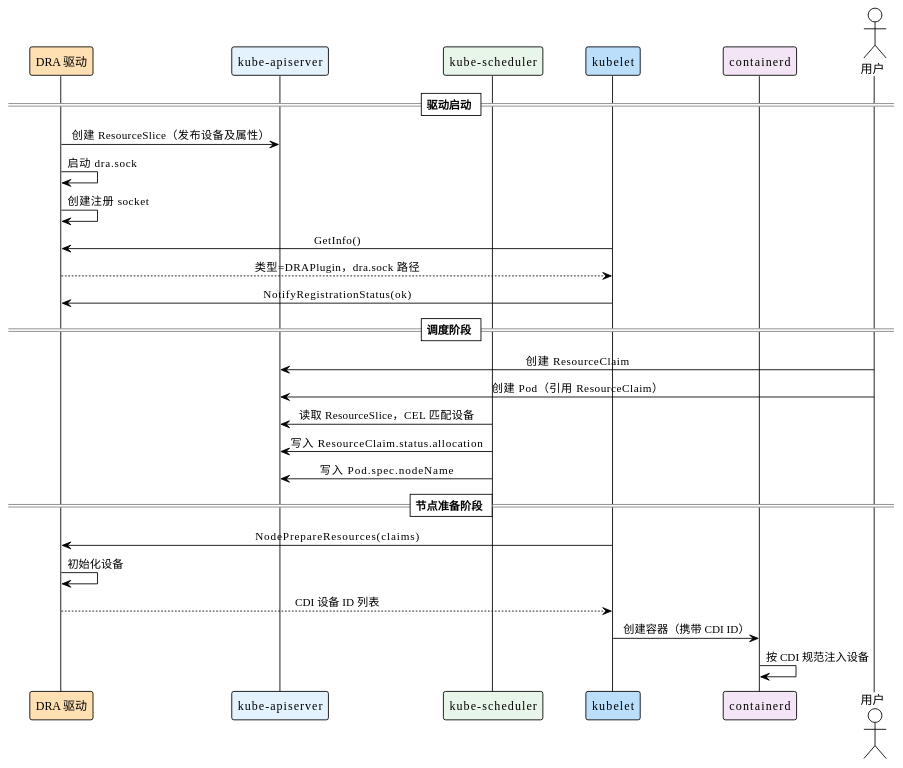
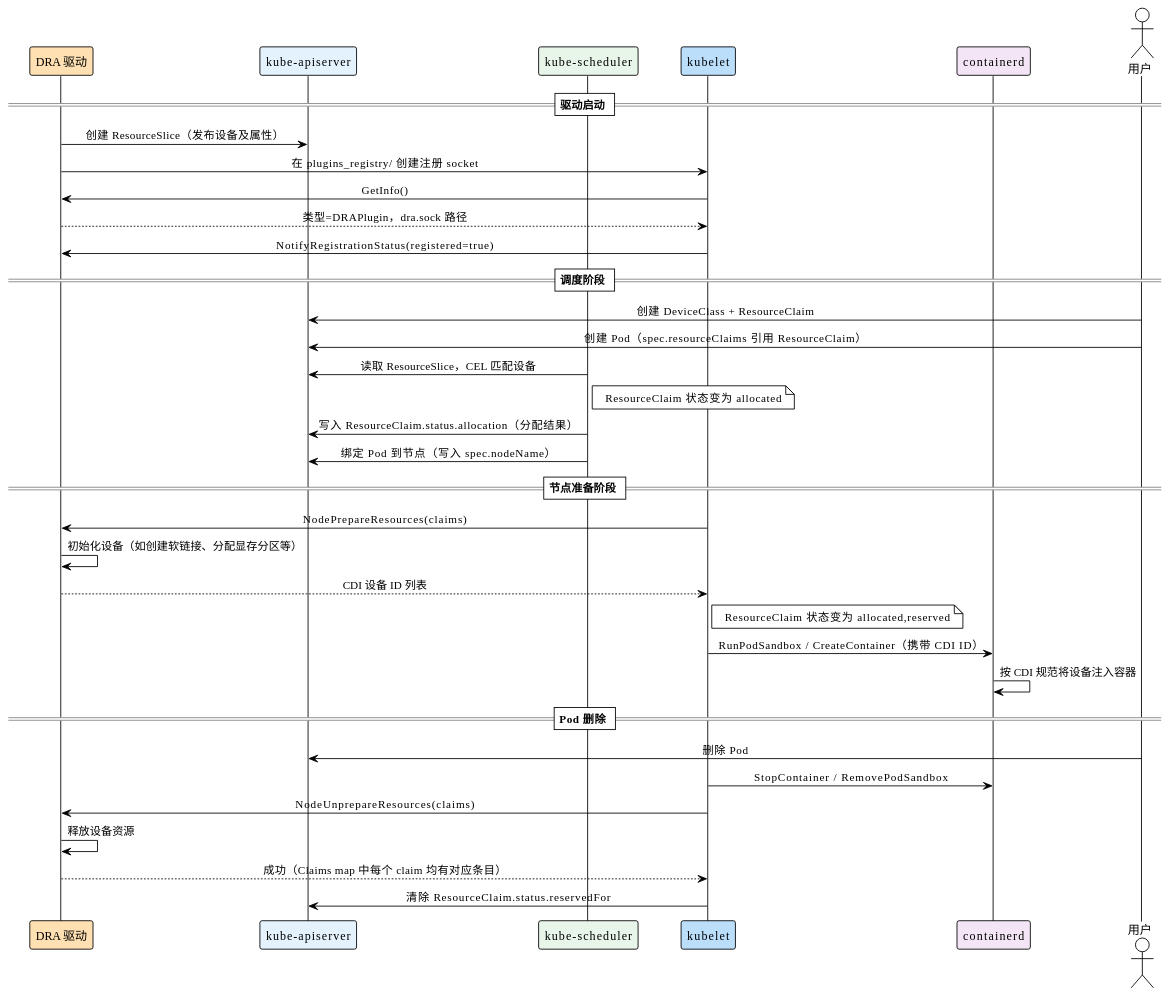
One commit to togettoyou/kubernetes-src-notes changed the diagram in content/extensions/dra.md. Above: the diagram before and after it, drawn with PlantUML. The commit also changed other lines of this file, not shown here.

````diff
--- a/content/extensions/dra.md
+++ b/content/extensions/dra.md
@@ -63,38 +152,47 @@
 ```plantuml
 @startuml
 !theme plain
 skinparam sequenceMessageAlign center
 skinparam responseMessageBelowArrow true
 skinparam defaultTextAlignment center
 skinparam ParticipantPadding 20
 
 participant "DRA 驱动" as drv #FFE0B2
 participant "kube-apiserver" as api #E3F2FD
 participant "kube-scheduler" as sch #E8F5E9
 participant "kubelet" as k #BBDEFB
 participant "containerd" as cri #F3E5F5
 actor "用户" as user
 
 == 驱动启动 ==
 drv -> api : 创建 ResourceSlice（发布设备及属性）
-drv -> drv : 启动 dra.sock
-drv -> drv : 创建注册 socket
+drv -> k : 在 plugins_registry/ 创建注册 socket
 k -> drv : GetInfo()
 drv --> k : 类型=DRAPlugin，dra.sock 路径
-k -> drv : NotifyRegistrationStatus(ok)
+k -> drv : NotifyRegistrationStatus(registered=true)
 
 == 调度阶段 ==
-user -> api : 创建 ResourceClaim
-user -> api : 创建 Pod（引用 ResourceClaim）
+user -> api : 创建 DeviceClass + ResourceClaim
+user -> api : 创建 Pod（spec.resourceClaims 引用 ResourceClaim）
 sch -> api : 读取 ResourceSlice，CEL 匹配设备
-sch -> api : 写入 ResourceClaim.status.allocation
-sch -> api : 写入 Pod.spec.nodeName
+note right of sch : ResourceClaim 状态变为 allocated
+sch -> api : 写入 ResourceClaim.status.allocation（分配结果）
+sch -> api : 绑定 Pod 到节点（写入 spec.nodeName）
 
 == 节点准备阶段 ==
 k -> drv : NodePrepareResources(claims)
-drv -> drv : 初始化设备
+drv -> drv : 初始化设备（如创建软链接、分配显存分区等）
 drv --> k : CDI 设备 ID 列表
-k -> cri : 创建容器（携带 CDI ID）
-cri -> cri : 按 CDI 规范注入设备
+note right of k : ResourceClaim 状态变为 allocated,reserved
+k -> cri : RunPodSandbox / CreateContainer（携带 CDI ID）
+cri -> cri : 按 CDI 规范将设备注入容器
+
+== Pod 删除 ==
+user -> api : 删除 Pod
+k -> cri : StopContainer / RemovePodSandbox
+k -> drv : NodeUnprepareResources(claims)
+drv -> drv : 释放设备资源
+drv --> k : 成功（Claims map 中每个 claim 均有对应条目）
+k -> api : 清除 ResourceClaim.status.reservedFor
 @enduml
 ```
````
